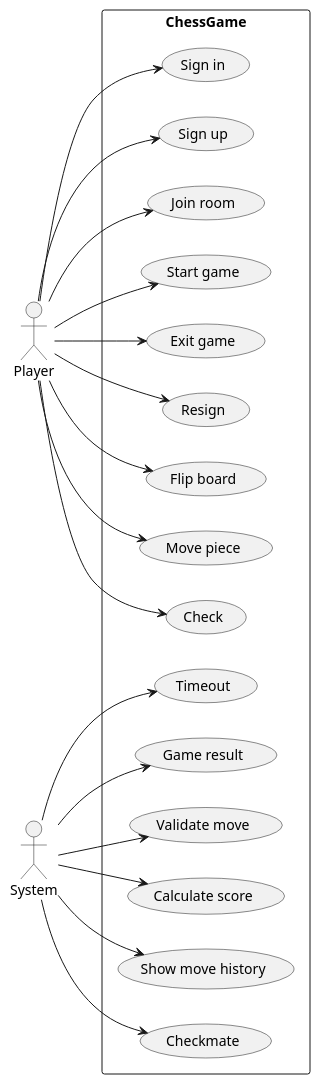
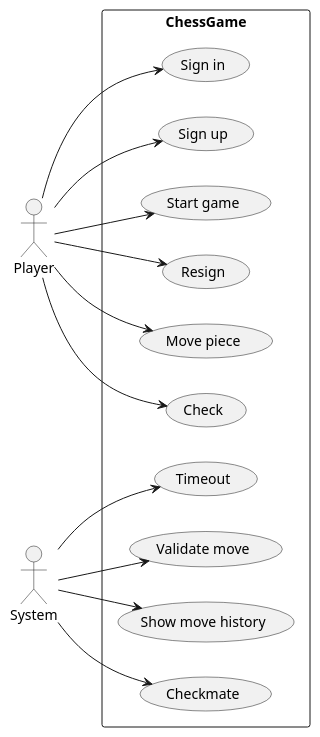
Before and after one commit to kieutridang/set2023: the diagram in team1/chessGame/docs/usecaseDiagram/usecaseDiagram.plantuml, drawn with PlantUML. The commit also changed 1 other file, not shown here.

Commit message:
update class and usecase diagrams

```diff
--- a/team1/chessGame/docs/usecaseDiagram/usecaseDiagram.plantuml
+++ b/team1/chessGame/docs/usecaseDiagram/usecaseDiagram.plantuml
@@ -1,46 +1,37 @@
 @startuml chessGame
 left to right direction
 actor "Player" as player
 actor "System" as system
 
 rectangle ChessGame {
     ' player
     usecase "Sign in" as signIn
     usecase "Sign up" as signUp
-    usecase "Join room" as joinRoom
     usecase "Start game" as startGame
-    usecase "Exit game" as exitGame
     usecase "Resign" as resign
-    usecase "Flip board" as flipBoard
     usecase "Move piece" as movePiece
     usecase "Check" as Check
 
     ' system 
     usecase "Timeout" as timeout
-    usecase "Game result" as gameResult
+    ' usecase "Game result" as gameResult
     usecase "Validate move" as validateMove
-    usecase "Calculate score" as calculateScore
     usecase "Show move history" as showMoveHistory
     usecase "Checkmate" as checkmate
-
 }
 
 player --> signIn
 player --> signUp
-player --> joinRoom
 player --> startGame
-player --> exitGame
 player --> resign
-player --> flipBoard
 player --> movePiece
 player --> Check
 
 system --> timeout
-system --> gameResult
+' system --> gameResult
 system --> validateMove
-system --> calculateScore
 system --> showMoveHistory
 system --> checkmate
 
 
 @enduml
```
